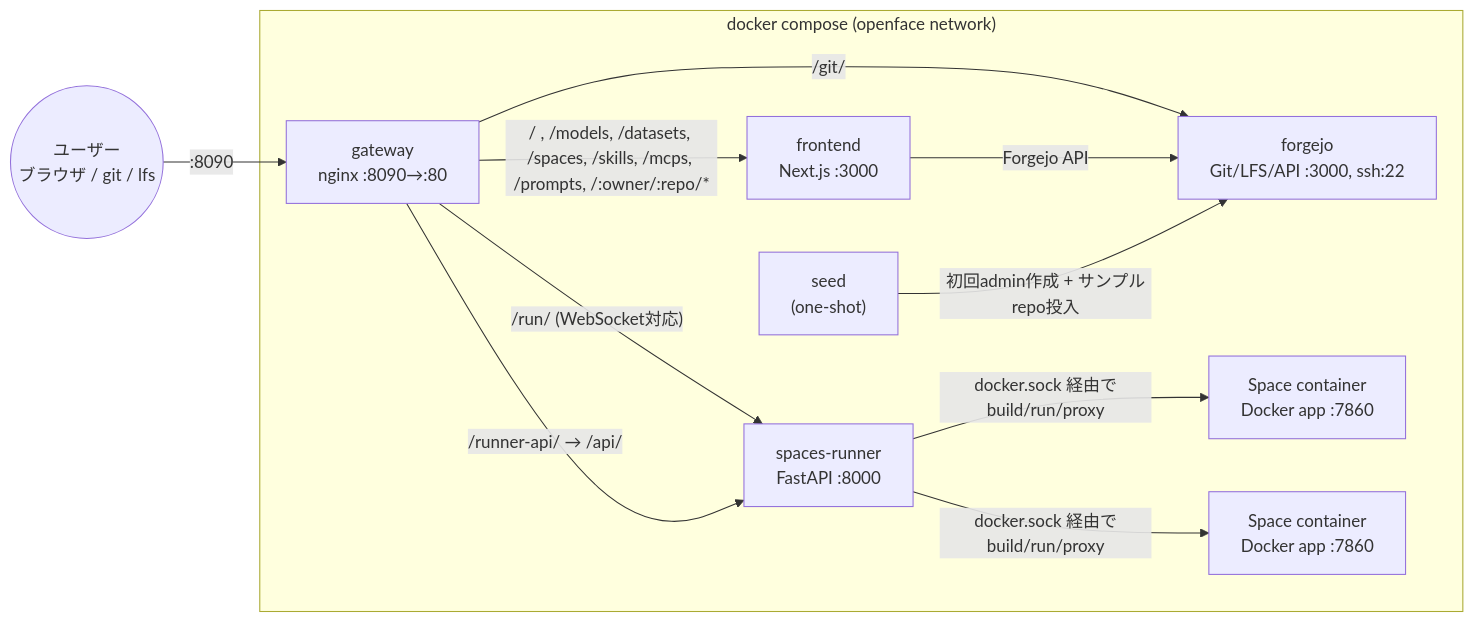
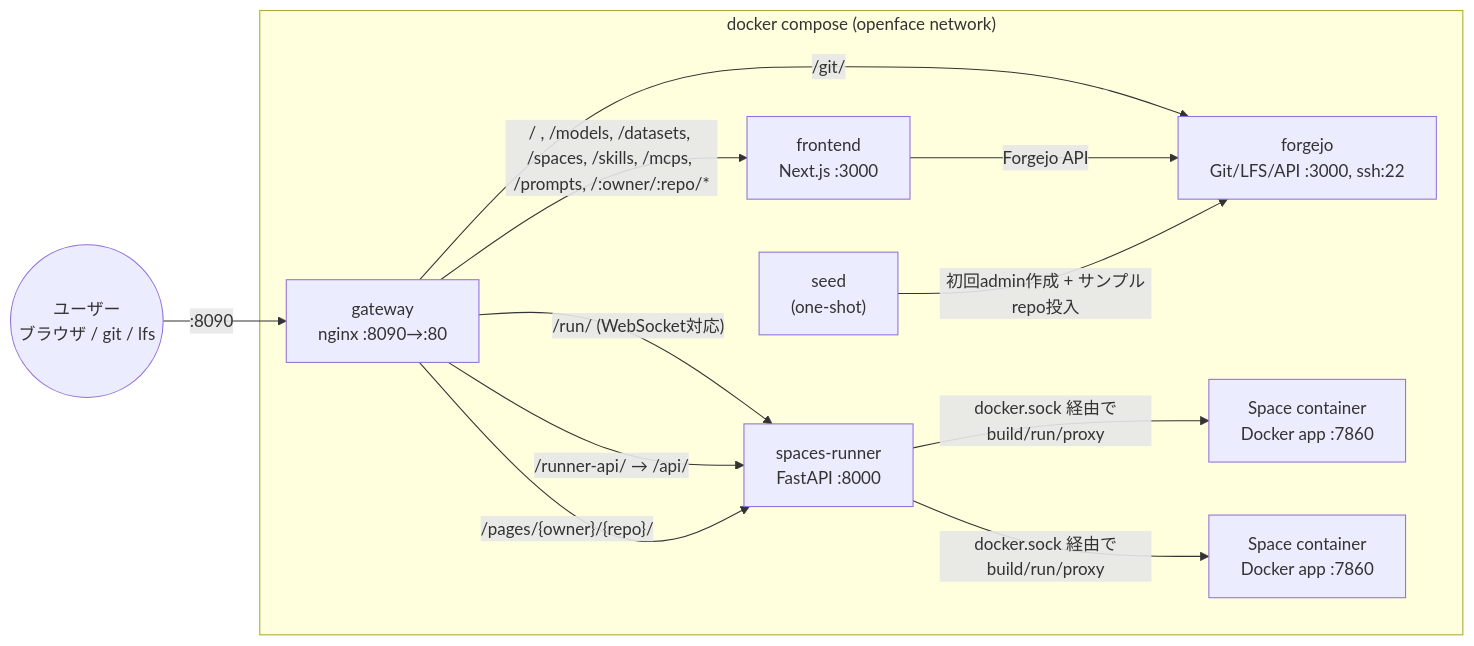
The diagram in README.md (Sunwood-ai-labs/OpenFace), drawn with Mermaid before and after one commit. The commit also changed other lines of this file and 3 other files, not shown here.

````diff
--- a/README.md
+++ b/README.md
@@ -27,25 +27,26 @@
 ```mermaid
 flowchart LR
     User((ユーザー<br/>ブラウザ / git / lfs))
 
     subgraph Docker["docker compose (openface network)"]
         Gateway["gateway<br/>nginx :8090→:80"]
         Frontend["frontend<br/>Next.js :3000"]
         Forgejo["forgejo<br/>Git/LFS/API :3000, ssh:22"]
         Runner["spaces-runner<br/>FastAPI :8000"]
         Seed["seed<br/>(one-shot)"]
         SpaceA["Space container<br/>Docker app :7860"]
         SpaceB["Space container<br/>Docker app :7860"]
 
         Gateway -- "/ , /models, /datasets, /spaces, /skills, /mcps, /prompts, /:owner/:repo/*" --> Frontend
         Gateway -- "/git/" --> Forgejo
         Gateway -- "/run/ (WebSocket対応)" --> Runner
         Gateway -- "/runner-api/ → /api/" --> Runner
+        Gateway -- "/pages/{owner}/{repo}/" --> Runner
         Frontend -- "Forgejo API" --> Forgejo
         Runner -- "docker.sock 経由でbuild/run/proxy" --> SpaceA
         Runner -- "docker.sock 経由でbuild/run/proxy" --> SpaceB
         Seed -- "初回admin作成 + サンプルrepo投入" --> Forgejo
     end
 
     User -- ":8090" --> Gateway
 ```
````
